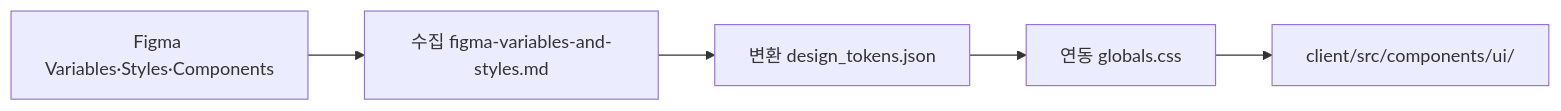
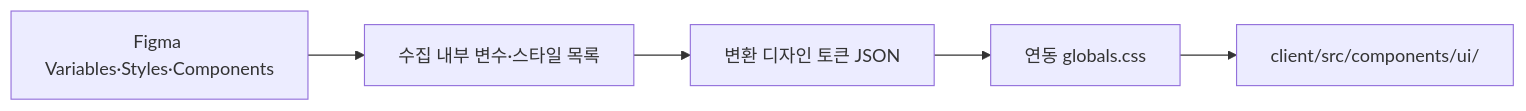
Before and after one commit to tkddnr1022/mealio: the diagram in docs/docs/other/design-system.md, drawn with Mermaid. The commit also changed other lines of this file and 20 other files, not shown here.

````diff
--- a/docs/docs/other/design-system.md
+++ b/docs/docs/other/design-system.md
@@ -21,8 +21,8 @@
 ```mermaid
 flowchart LR
     F[Figma Variables·Styles·Components]
-    F --> S1[수집 figma-variables-and-styles.md]
-    S1 --> S2[변환 design_tokens.json]
+    F --> S1[수집 내부 변수·스타일 목록]
+    S1 --> S2[변환 디자인 토큰 JSON]
     S2 --> S3[연동 globals.css]
     S3 --> C[client/src/components/ui/]
 ```
````
